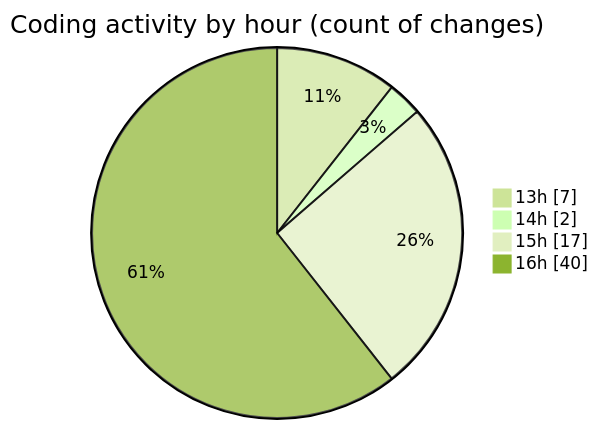
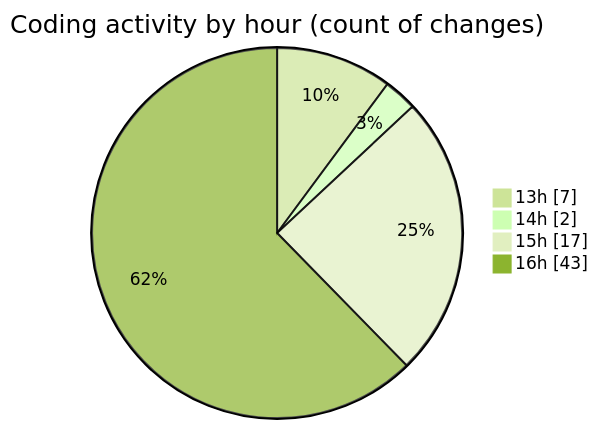
The second of 2 diagrams in 2025-02-24/micros/README.md (charlie-sans/code-tracking), drawn with Mermaid (forest theme) before and after one commit. The commit also changed other lines of this file and 1 other file, not shown here.

````diff
--- a/2025-02-24/micros/README.md
+++ b/2025-02-24/micros/README.md
@@ -45,8 +45,8 @@
 ```mermaid
 pie showData
 title Coding activity by hour (count of changes)
 "13h" : 7
 "14h" : 2
 "15h" : 17
-"16h" : 40
+"16h" : 43
 ```
````
